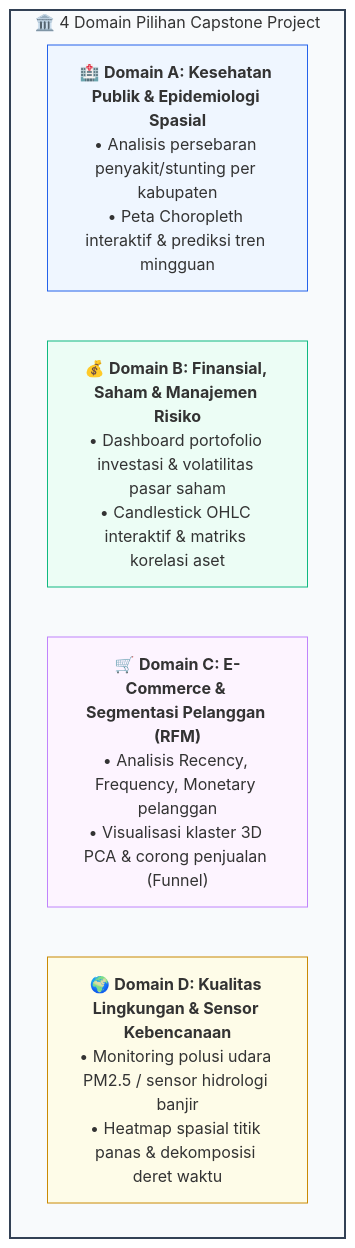
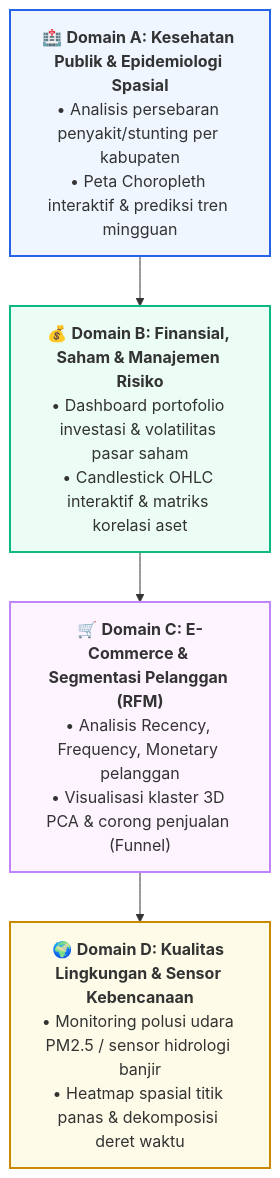
Before and after one commit to mahendaruui/Perkuliahan: the first of 2 diagrams in docs/visualisasi-data/15-capstone-project.md, drawn with Mermaid. The commit also changed 15 other files, not shown here.

Commit message:
refactor: update and standardize mermaid diagrams across all documentation modules

````diff
--- a/docs/visualisasi-data/15-capstone-project.md
+++ b/docs/visualisasi-data/15-capstone-project.md
@@ -16,15 +16,12 @@
 ```mermaid
 flowchart TD
-    subgraph PilihanDomain["🏛️ 4 Domain Pilihan Capstone Project"]
-        D1["🏥 <b>Domain A: Kesehatan Publik & Epidemiologi Spasial</b><br>• Analisis persebaran penyakit/stunting per kabupaten<br>• Peta Choropleth interaktif & prediksi tren mingguan"]
-        D2["💰 <b>Domain B: Finansial, Saham & Manajemen Risiko</b><br>• Dashboard portofolio investasi & volatilitas pasar saham<br>• Candlestick OHLC interaktif & matriks korelasi aset"]
-        D3["🛒 <b>Domain C: E-Commerce & Segmentasi Pelanggan (RFM)</b><br>• Analisis Recency, Frequency, Monetary pelanggan<br>• Visualisasi klaster 3D PCA & corong penjualan (Funnel)"]
-        D4["🌍 <b>Domain D: Kualitas Lingkungan & Sensor Kebencanaan</b><br>• Monitoring polusi udara PM2.5 / sensor hidrologi banjir<br>• Heatmap spasial titik panas & dekomposisi deret waktu"]
-    end
+    D1["🏥 <b>Domain A: Kesehatan Publik & Epidemiologi Spasial</b><br>• Analisis persebaran penyakit/stunting per kabupaten<br>• Peta Choropleth interaktif & prediksi tren mingguan"]
+    --> D2["💰 <b>Domain B: Finansial, Saham & Manajemen Risiko</b><br>• Dashboard portofolio investasi & volatilitas pasar saham<br>• Candlestick OHLC interaktif & matriks korelasi aset"]
+    --> D3["🛒 <b>Domain C: E-Commerce & Segmentasi Pelanggan (RFM)</b><br>• Analisis Recency, Frequency, Monetary pelanggan<br>• Visualisasi klaster 3D PCA & corong penjualan (Funnel)"]
+    --> D4["🌍 <b>Domain D: Kualitas Lingkungan & Sensor Kebencanaan</b><br>• Monitoring polusi udara PM2.5 / sensor hidrologi banjir<br>• Heatmap spasial titik panas & dekomposisi deret waktu"]
 
-    style PilihanDomain fill:#f8fafc,stroke:#334155,stroke-width:2px
-    style D1 fill:#eff6ff,stroke:#2563eb,stroke-width:1px
-    style D2 fill:#ecfdf5,stroke:#10b981,stroke-width:1px
-    style D3 fill:#fdf4ff,stroke:#c084fc,stroke-width:1px
-    style D4 fill:#fefce8,stroke:#ca8a04,stroke-width:1px
+    style D1 fill:#eff6ff,stroke:#2563eb,stroke-width:2px
+    style D2 fill:#ecfdf5,stroke:#10b981,stroke-width:2px
+    style D3 fill:#fdf4ff,stroke:#c084fc,stroke-width:2px
+    style D4 fill:#fefce8,stroke:#ca8a04,stroke-width:2px
 ```
````
